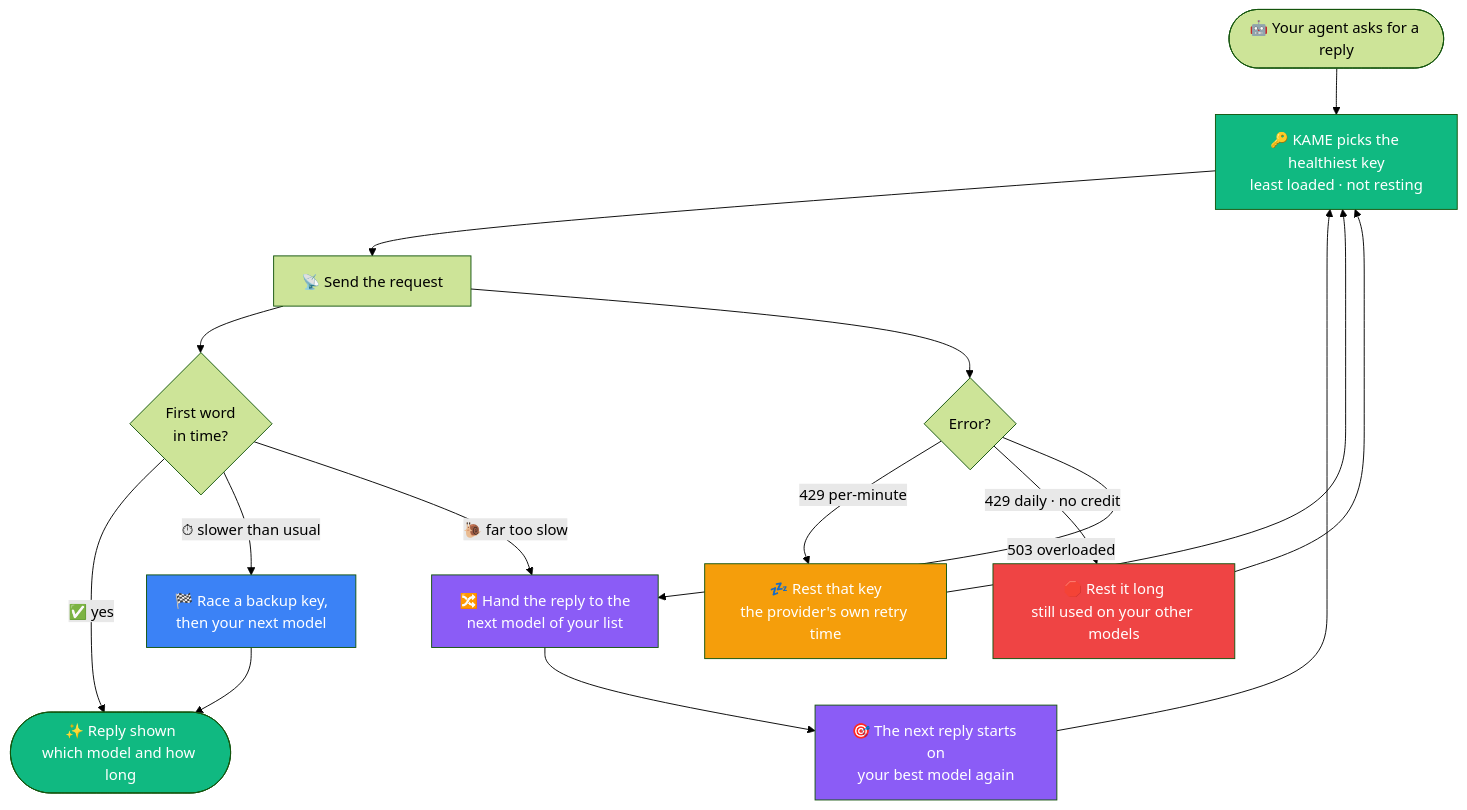
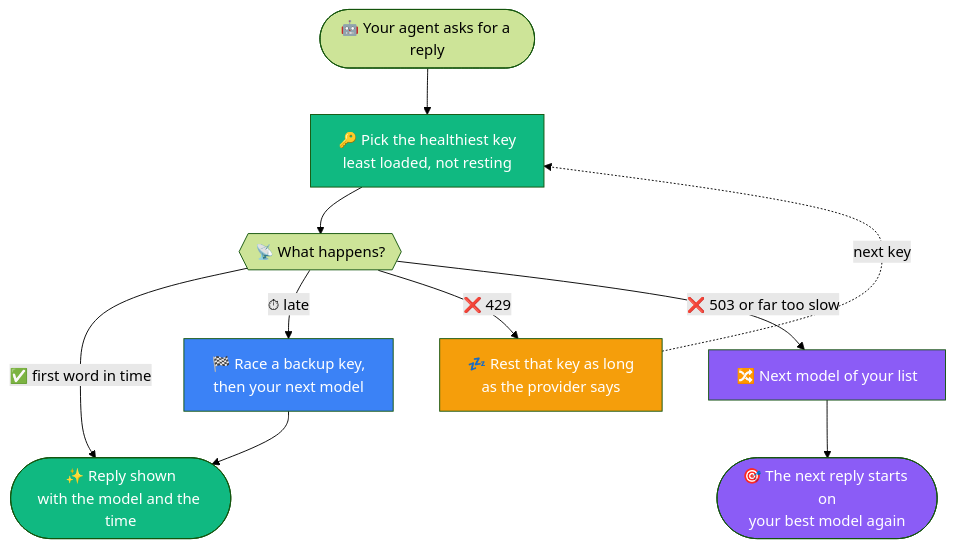
The diagram in README.md (Kame696/kame-api-rotation-for-agent-zero), drawn with Mermaid (forest theme) before and after one commit. The commit also changed other lines of this file, not shown here.

Commit message:
docs: cleaner flow diagram, smaller banner

````diff
--- a/README.md
+++ b/README.md
@@ -141,26 +141,19 @@
 ```mermaid
 flowchart TD
-    A([🤖 Your agent asks for a reply]) --> B[🔑 KAME picks the healthiest key<br/>least loaded · not resting]
-    B --> C[📡 Send the request]
-    C --> D{First word<br/>in time?}
-    D -->|✅ yes| OK([✨ Reply shown<br/>which model and how long])
-    D -->|⏱ slower than usual| E[🏁 Race a backup key,<br/>then your next model]
+    A([🤖 Your agent asks for a reply]) --> B[🔑 Pick the healthiest key<br/>least loaded, not resting]
+    B --> C{{📡 What happens?}}
+    C -->|✅ first word in time| OK([✨ Reply shown<br/>with the model and the time])
+    C -->|⏱ late| E[🏁 Race a backup key,<br/>then your next model]
     E --> OK
-    D -->|🐌 far too slow| I
-    C --> F{Error?}
-    F -->|429 per-minute| G[💤 Rest that key<br/>the provider's own retry time]
-    F -->|429 daily · no credit| H[🛑 Rest it long<br/>still used on your other models]
-    F -->|503 overloaded| I[🔀 Hand the reply to the<br/>next model of your list]
-    G --> B
-    H --> B
-    I --> J[🎯 The next reply starts on<br/>your best model again]
-    J --> B
+    C -->|❌ 429| G[💤 Rest that key as long<br/>as the provider says]
+    G -.->|next key| B
+    C -->|❌ 503 or far too slow| I[🔀 Next model of your list]
+    I --> J([🎯 The next reply starts on<br/>your best model again])
 
     style B fill:#10b981,color:#fff
     style OK fill:#10b981,color:#fff
     style E fill:#3b82f6,color:#fff
     style G fill:#f59e0b,color:#fff
-    style H fill:#ef4444,color:#fff
     style I fill:#8b5cf6,color:#fff
     style J fill:#8b5cf6,color:#fff
 ```
````
